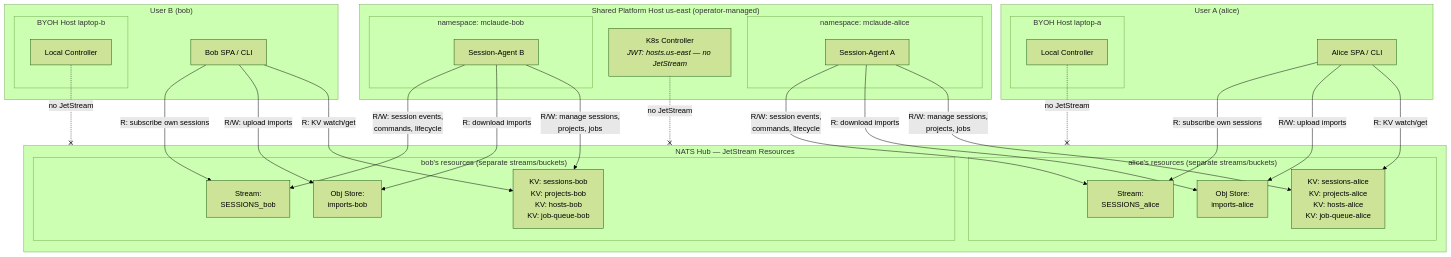
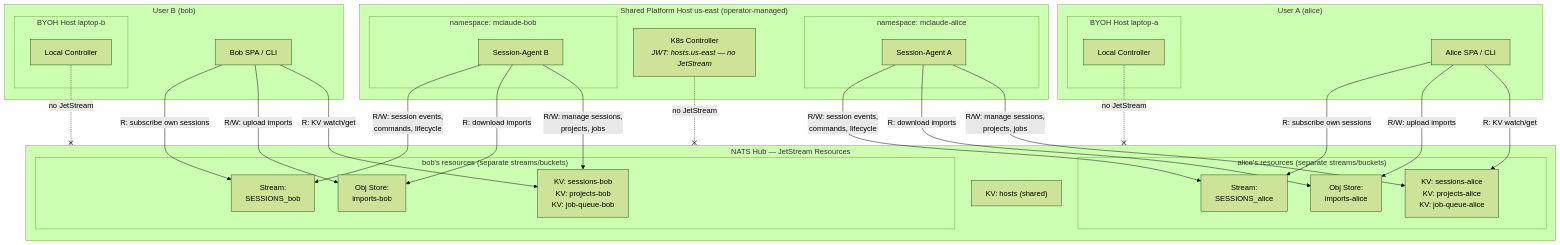
The second of 2 diagrams in docs/adr-0054-nats-jetstream-permission-tightening.md (richardmsong/mclaude), drawn with Mermaid (forest theme) before and after one commit. The commit also changed other lines of this file and 3 other files, not shown here.

````diff
--- a/docs/adr-0054-nats-jetstream-permission-tightening.md
+++ b/docs/adr-0054-nats-jetstream-permission-tightening.md
@@ -79,70 +79,71 @@
 ```mermaid
 flowchart TB
     %% ── Left: User A's identities ──
     subgraph Left["User A (alice)"]
         SPA_A["Alice SPA / CLI"]
         subgraph BYOH_A["BYOH Host laptop-a"]
             CTRL_A["Local Controller"]
         end
     end
 
     %% ── Right: User B's identities ──
     subgraph Right["User B (bob)"]
         SPA_B["Bob SPA / CLI"]
         subgraph BYOH_B["BYOH Host laptop-b"]
             CTRL_B["Local Controller"]
         end
     end
 
     %% ── Center: NATS data topology ──
     subgraph NATS["NATS Hub — JetStream Resources"]
         subgraph Partition_A["alice's resources (separate streams/buckets)"]
-            KV_A["KV: sessions-alice<br/>KV: projects-alice<br/>KV: hosts-alice<br/>KV: job-queue-alice"]
+            KV_A["KV: sessions-alice<br/>KV: projects-alice<br/>KV: job-queue-alice"]
             OBJ_A["Obj Store:<br/>imports-alice"]
             EVT_A["Stream:<br/>SESSIONS_alice"]
         end
         subgraph Partition_B["bob's resources (separate streams/buckets)"]
-            KV_B["KV: sessions-bob<br/>KV: projects-bob<br/>KV: hosts-bob<br/>KV: job-queue-bob"]
+            KV_B["KV: sessions-bob<br/>KV: projects-bob<br/>KV: job-queue-bob"]
             OBJ_B["Obj Store:<br/>imports-bob"]
             EVT_B["Stream:<br/>SESSIONS_bob"]
         end
+        KV_HOSTS["KV: hosts (shared)"]
     end
 
     %% ── Bottom: Shared platform host ──
     subgraph SharedHost["Shared Platform Host us-east (operator-managed)"]
         K8S_CTRL["K8s Controller<br/><i>JWT: hosts.us-east — no JetStream</i>"]
         subgraph NS_A["namespace: mclaude-alice"]
             AGENT_A["Session-Agent A"]
         end
         subgraph NS_B["namespace: mclaude-bob"]
             AGENT_B["Session-Agent B"]
         end
     end
 
     %% ── Edges: Alice SPA ──
     SPA_A -- "R: KV watch/get" --> KV_A
     SPA_A -- "R/W: upload imports" --> OBJ_A
     SPA_A -- "R: subscribe own sessions" --> EVT_A
 
     %% ── Edges: Bob SPA ──
     SPA_B -- "R: KV watch/get" --> KV_B
     SPA_B -- "R/W: upload imports" --> OBJ_B
     SPA_B -- "R: subscribe own sessions" --> EVT_B
 
     %% ── Edges: Session-Agent A (on shared host) ──
     AGENT_A -- "R/W: manage sessions,<br/>projects, jobs" --> KV_A
     AGENT_A -- "R: download imports" --> OBJ_A
     AGENT_A -- "R/W: session events,<br/>commands, lifecycle" --> EVT_A
 
     %% ── Edges: Session-Agent B (on shared host) ──
     AGENT_B -- "R/W: manage sessions,<br/>projects, jobs" --> KV_B
     AGENT_B -- "R: download imports" --> OBJ_B
     AGENT_B -- "R/W: session events,<br/>commands, lifecycle" --> EVT_B
 
     %% ── BYOH hosts: no JetStream ──
     CTRL_A -.-x|"no JetStream"| NATS
     CTRL_B -.-x|"no JetStream"| NATS
 
     %% ── K8s controller: no JetStream ──
     K8S_CTRL -.-x|"no JetStream"| NATS
 ```
````
